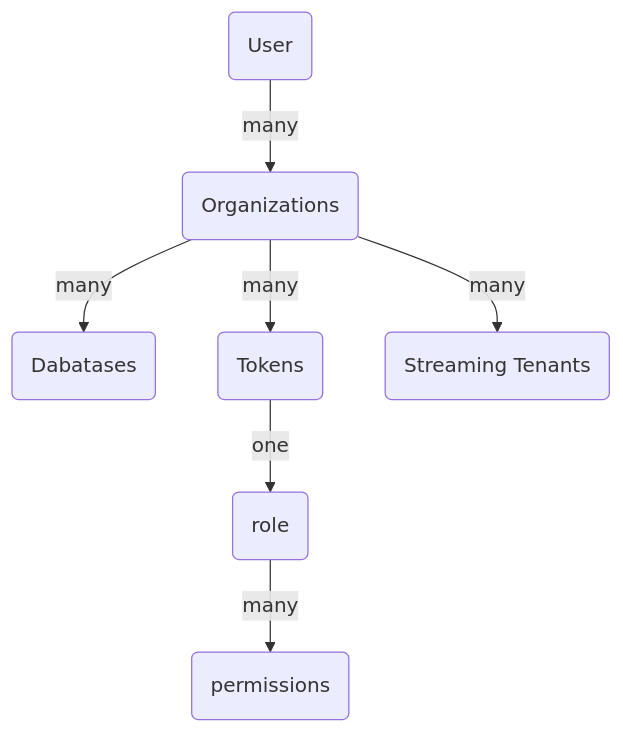
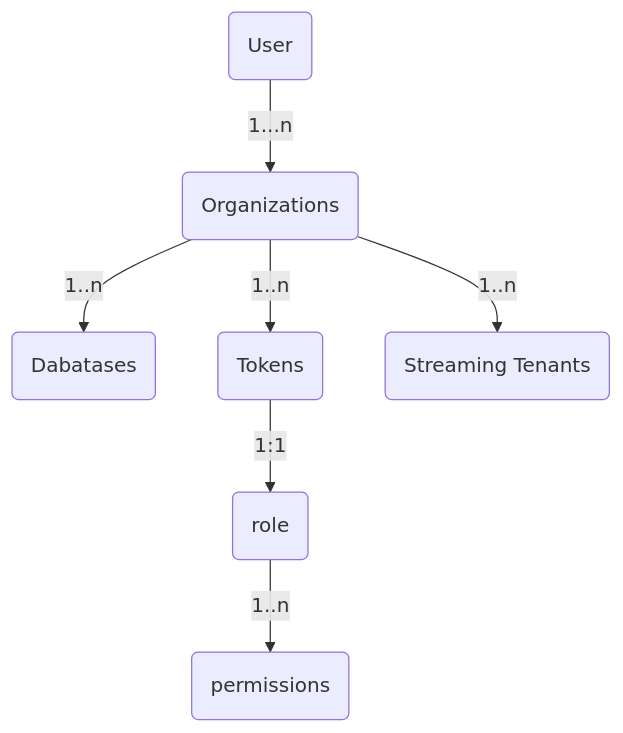
One commit to awesome-astra/docs changed the diagram in docs/pages/astra/create-token.md. Above: the diagram before and after it, drawn with Mermaid.

````diff
--- a/docs/pages/astra/create-token.md
+++ b/docs/pages/astra/create-token.md
@@ -15,9 +15,9 @@
 ```mermaid
   graph TD
-    USER(User) -->|many|ORG(Organizations)
-    ORG -->|many|DB(Dabatases)
-    ORG -->|many|TOKEN(Tokens)
-    ORG -->|many|STR(Streaming Tenants)
-    TOKEN-->|one|ROLE(role)
-    ROLE-->|many|PERMISSIONS(permissions)
+    USER(User) -->|1...n|ORG(Organizations)
+    ORG -->|1..n|DB(Dabatases)
+    ORG -->|1..n|TOKEN(Tokens)
+    ORG -->|1..n|STR(Streaming Tenants)
+    TOKEN-->|1:1|ROLE(role)
+    ROLE-->|1..n|PERMISSIONS(permissions)
 ```
````
